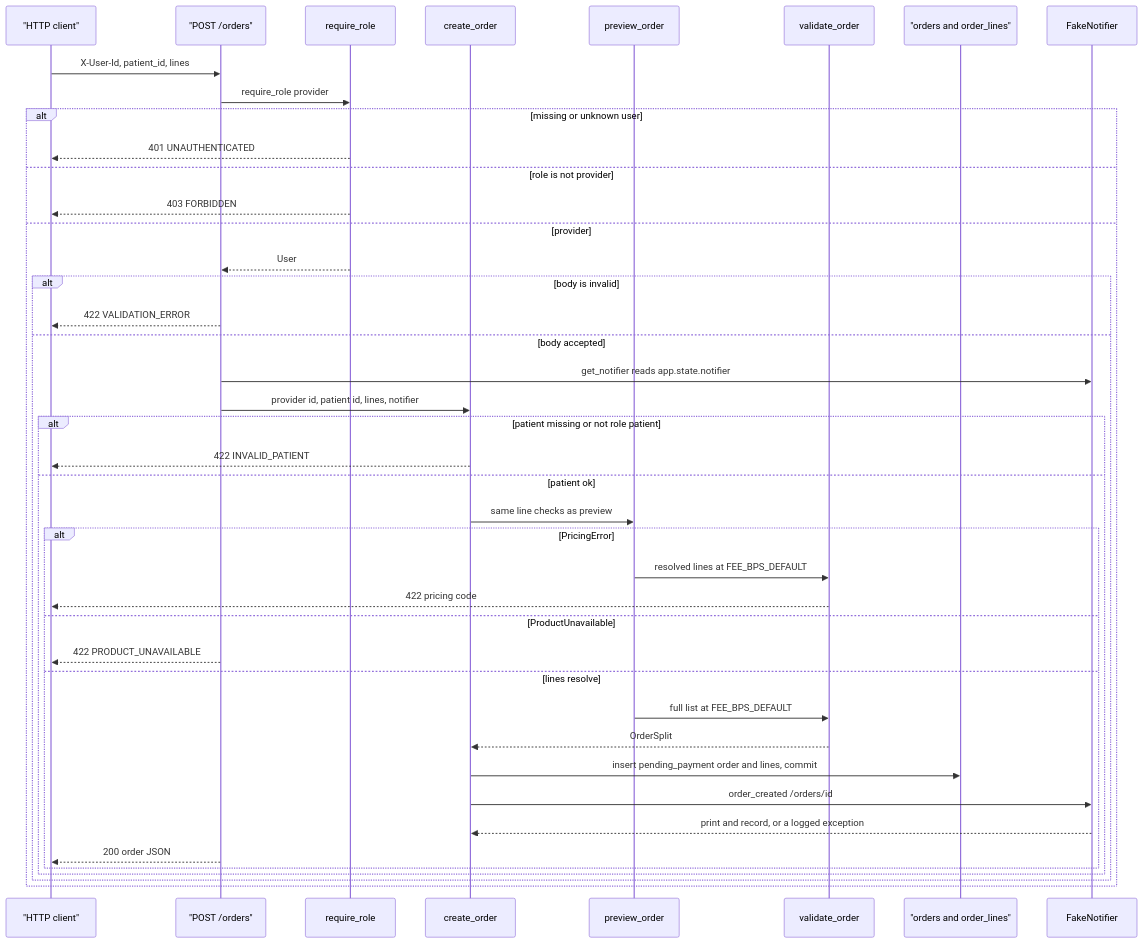
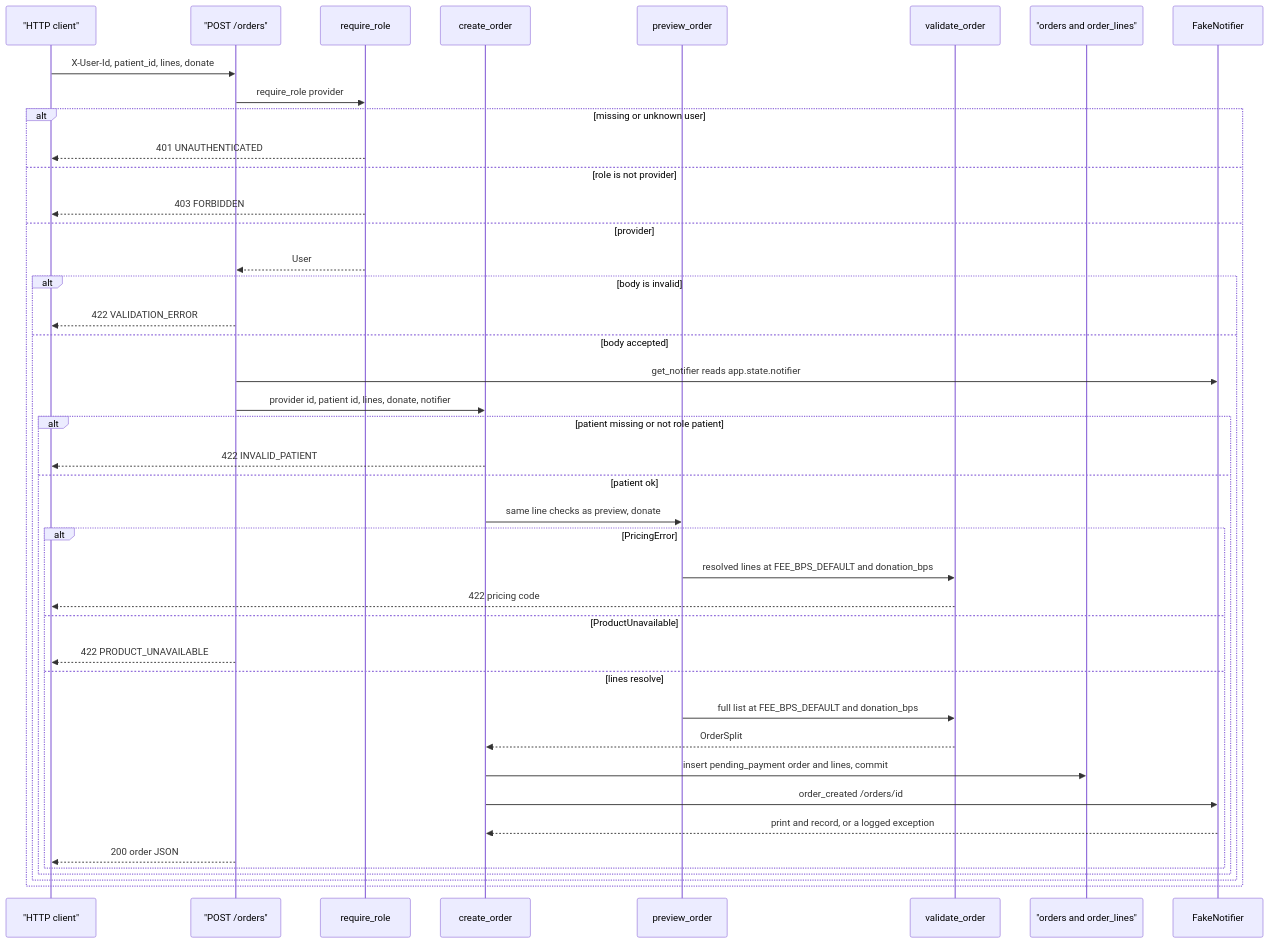
Before and after one commit to drtclem/cerbo_wk1: the first of 3 diagrams in docs/diagrams/flows/orders.md, drawn with Mermaid. The commit also changed other lines of this file and 46 other files, not shown here.

````diff
--- a/docs/diagrams/flows/orders.md
+++ b/docs/diagrams/flows/orders.md
@@ -13,45 +13,45 @@
 ```mermaid
 sequenceDiagram
   participant Client as "HTTP client"
   participant Route as "POST /orders"
   participant Auth as require_role
   participant Svc as create_order
   participant Preview as preview_order
   participant Money as validate_order
   participant Db as "orders and order_lines"
   participant Notify as FakeNotifier
 
-  Client->>Route: X-User-Id, patient_id, lines
+  Client->>Route: X-User-Id, patient_id, lines, donate
   Route->>Auth: require_role provider
   alt missing or unknown user
     Auth-->>Client: 401 UNAUTHENTICATED
   else role is not provider
     Auth-->>Client: 403 FORBIDDEN
   else provider
     Auth-->>Route: User
     alt body is invalid
       Route-->>Client: 422 VALIDATION_ERROR
     else body accepted
       Route->>Notify: get_notifier reads app.state.notifier
-      Route->>Svc: provider id, patient id, lines, notifier
+      Route->>Svc: provider id, patient id, lines, donate, notifier
       alt patient missing or not role patient
         Svc-->>Client: 422 INVALID_PATIENT
       else patient ok
-        Svc->>Preview: same line checks as preview
+        Svc->>Preview: same line checks as preview, donate
         alt PricingError
-          Preview->>Money: resolved lines at FEE_BPS_DEFAULT
+          Preview->>Money: resolved lines at FEE_BPS_DEFAULT and donation_bps
           Money-->>Client: 422 pricing code
         else ProductUnavailable
           Route-->>Client: 422 PRODUCT_UNAVAILABLE
         else lines resolve
-          Preview->>Money: full list at FEE_BPS_DEFAULT
+          Preview->>Money: full list at FEE_BPS_DEFAULT and donation_bps
           Money-->>Svc: OrderSplit
           Svc->>Db: insert pending_payment order and lines, commit
           Svc->>Notify: order_created /orders/id
           Notify-->>Svc: print and record, or a logged exception
           Route-->>Client: 200 order JSON
         end
       end
     end
   end
 ```
````
